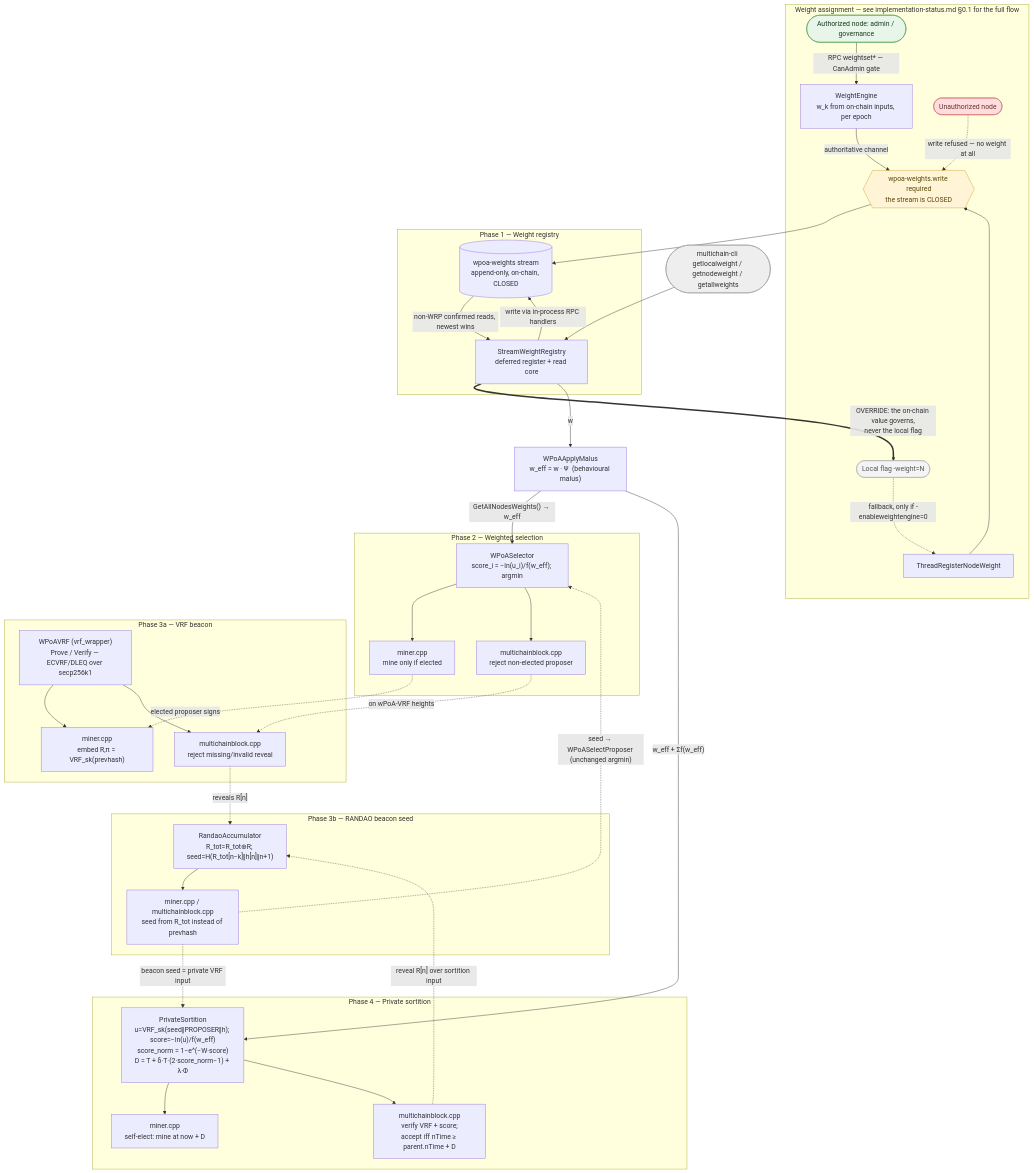
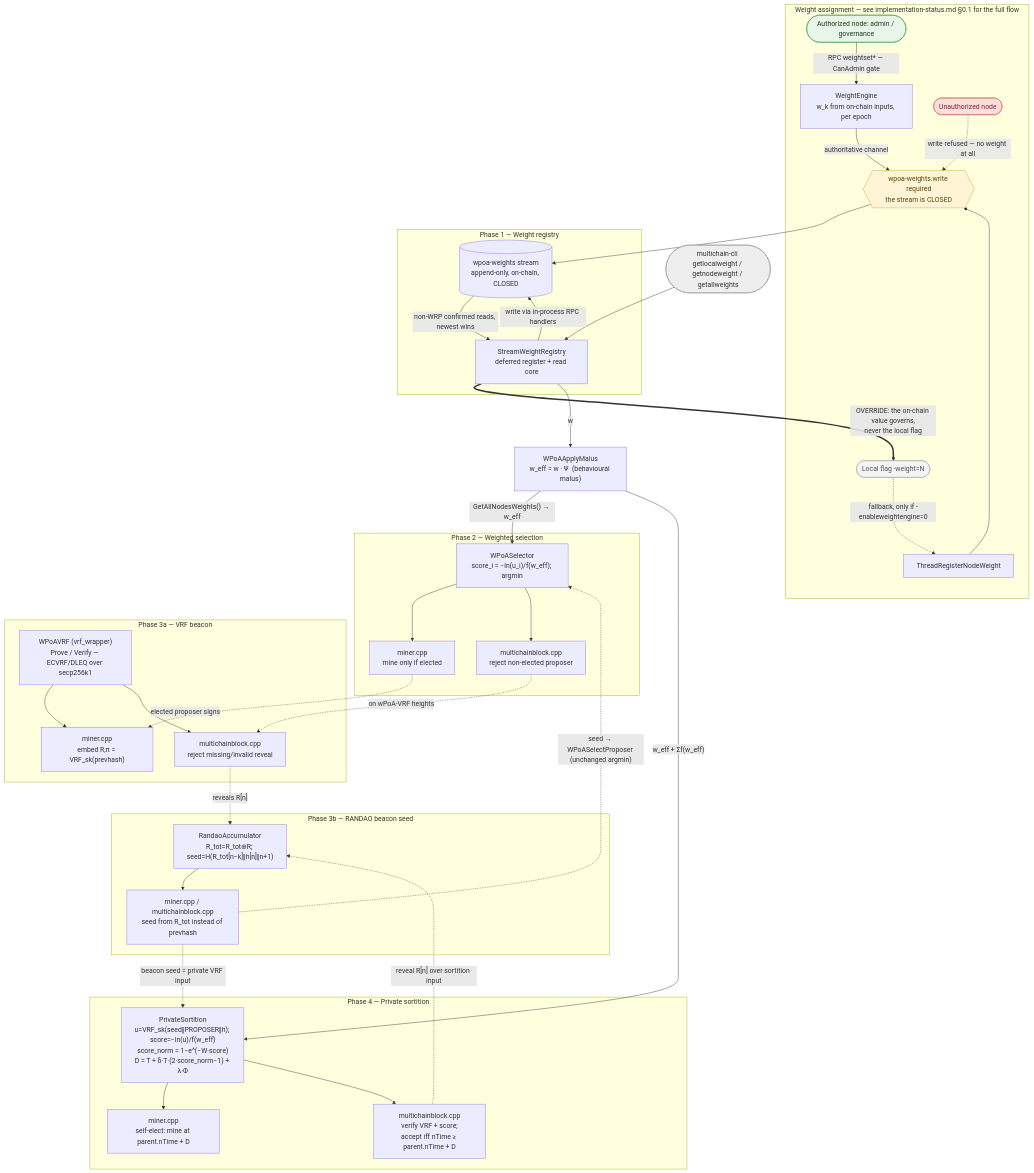
Before and after one commit to FeMattu/multichain: the diagram in src/wpoa/README.md, drawn with Mermaid. The commit also changed other lines of this file and 44 other files, not shown here.

````diff
--- a/src/wpoa/README.md
+++ b/src/wpoa/README.md
@@ -141,72 +141,72 @@
 ```mermaid
 flowchart TD
     subgraph SRC [Weight assignment — see implementation-status.md §0.1 for the full flow]
         ADM([Authorized node: admin / governance]):::ok
         ADM -->|"RPC weightset* — CanAdmin gate"| ENG["WeightEngine<br/>w_k from on-chain inputs, per epoch"]
         OPCLI([Local flag -weight=N]):::weak
         OPCLI -.->|"fallback, only if -enableweightengine=0"| STATREG["ThreadRegisterNodeWeight"]
         GATE{{"wpoa-weights.write required<br/>the stream is CLOSED"}}:::gate
         ENG -->|"authoritative channel"| GATE
         STATREG --> GATE
         UNAUTH([Unauthorized node]):::bad -.->|"write refused — no weight at all"| GATE
     end
 
     subgraph P1 [Phase 1 — Weight registry]
         STREAM[(wpoa-weights stream<br/>append-only, on-chain, CLOSED)]
         REG["StreamWeightRegistry<br/>deferred register + read core"]
         REG -->|write via in-process RPC handlers| STREAM
         STREAM -->|"non-WRP confirmed reads, newest wins"| REG
     end
 
     GATE --> STREAM
     REG ==>|"OVERRIDE: the on-chain value governs,<br/>never the local flag"| OPCLI
 
     MALUS["WPoAApplyMalus<br/>w_eff = w · Ψ  (behavioural malus)"]
     REG -->|"w"| MALUS
 
     subgraph P2 [Phase 2 — Weighted selection]
         SEL["WPoASelector<br/>score_i = −ln(u_i)/f(w_eff); argmin"]
         MINE["miner.cpp<br/>mine only if elected"]
         VAL["multichainblock.cpp<br/>reject non-elected proposer"]
         SEL --> MINE
         SEL --> VAL
     end
 
     subgraph P3A [Phase 3a — VRF beacon]
         VRF["WPoAVRF (vrf_wrapper)<br/>Prove / Verify — ECVRF/DLEQ over secp256k1"]
         MVRF["miner.cpp<br/>embed R,π = VRF_sk(prevhash)"]
         VVRF["multichainblock.cpp<br/>reject missing/invalid reveal"]
         VRF --> MVRF
         VRF --> VVRF
     end
 
     subgraph P3B [Phase 3b — RANDAO beacon seed]
         RND["RandaoAccumulator<br/>R_tot=R_tot⊕R; seed=H(R_tot[n−k]‖h[n]‖n+1)"]
         RSEED["miner.cpp / multichainblock.cpp<br/>seed from R_tot instead of prevhash"]
         RND --> RSEED
     end
 
     subgraph P4 [Phase 4 — Private sortition]
         PS["PrivateSortition<br/>u=VRF_sk(seed‖PROPOSER‖h); score=−ln(u)/f(w_eff)<br/>score_norm = 1−e^(−W·score)<br/>D = T + δ·T·(2·score_norm−1) + λ·Φ"]
-        PMINE["miner.cpp<br/>self-elect: mine at now + D"]
+        PMINE["miner.cpp<br/>self-elect: mine at parent.nTime + D"]
         PVAL["multichainblock.cpp<br/>verify VRF + score;<br/>accept iff nTime ≥ parent.nTime + D"]
         PS --> PMINE
         PS --> PVAL
     end
 
     MALUS -->|"GetAllNodesWeights() → w_eff"| SEL
     MALUS -->|"w_eff + Σf(w_eff)"| PS
     MINE -.->|"elected proposer signs"| MVRF
     VAL -.->|"on wPoA-VRF heights"| VVRF
     VVRF -.->|"reveals R[n]"| RND
     RSEED -.->|"seed → WPoASelectProposer (unchanged argmin)"| SEL
     RSEED -.->|"beacon seed = private VRF input"| PS
     PVAL -.->|"reveal R[n] over sortition input"| RND
     CLI([multichain-cli getlocalweight / getnodeweight / getallweights]):::ext --> REG
 
     classDef ext  fill:#eee,stroke:#999,color:#333;
     classDef ok   fill:#e8f5e9,stroke:#4c9a51,color:#1b3d1f;
     classDef bad  fill:#fdd,stroke:#c66,color:#633;
     classDef weak fill:#f4f4f4,stroke:#aaa,color:#555;
     classDef gate fill:#fff4d6,stroke:#c9a227,color:#5a4708;
 ```
````
